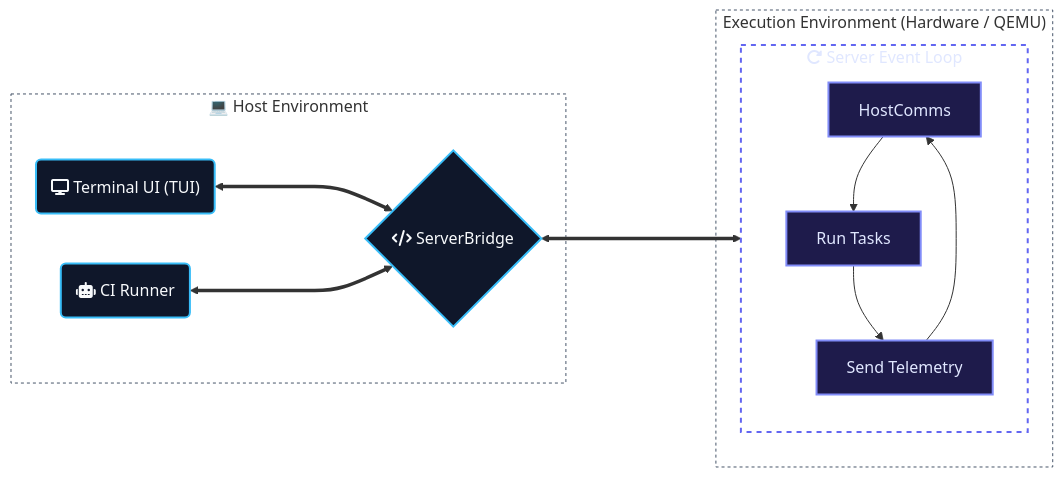
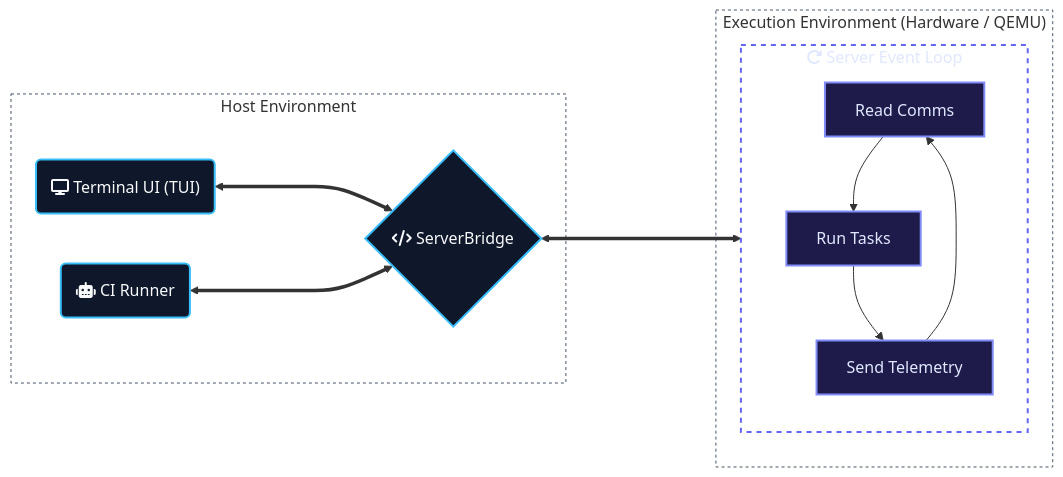
The diagram in README.md (Dyse-Industries/control-rs), drawn with Mermaid before and after one commit.

Commit message:
Update subgraph labels in README.md (#34)

````diff
--- a/README.md
+++ b/README.md
@@ -11,39 +11,39 @@
 ```mermaid
 ---
 config:
   layout: dagre
 ---
 flowchart LR
- subgraph Host["💻 Host Environment"]
+ subgraph Host["Host Environment"]
         TUI("fa:fa-display Terminal UI (TUI)")
         CI("fa:fa-robot CI Runner")
         Comm{"fa:fa-code ServerBridge"}
   end
  subgraph Loop["fa:fa-rotate-right Server Event Loop"]
     direction TB
-        Comms["HostComms"]
+        Comms["Read Comms"]
         Tasks["Run Tasks"]
         Telem["Send Telemetry"]
   end
  subgraph TargetEnv["Execution Environment (Hardware / QEMU)"]
         Loop
   end
     Comms --> Tasks
     Tasks --> Telem
     Telem --> Comms
     TUI <====> Comm
     CI <====> Comm
     Comm <====> Comms
 
      TUI:::host
      CI:::host
      Comm:::host
      Comms:::target
      Tasks:::target
      Telem:::target
     classDef host fill:#0f172a,stroke:#38bdf8,stroke-width:2px,color:#f8fafc
     classDef target fill:#1e1b4b,stroke:#818cf8,stroke-width:2px,color:#e0e7ff
     style Loop fill:transparent,stroke:#6366f1,stroke-width:2px,stroke-dasharray:5 5,color:#e0e7ff
     style Host fill:transparent,stroke:#475569,stroke-width:1px,stroke-dasharray:3 3
     style TargetEnv fill:transparent,stroke:#475569,stroke-width:1px,stroke-dasharray:3 3
 ```
````
